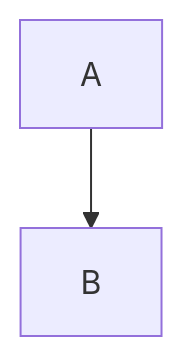
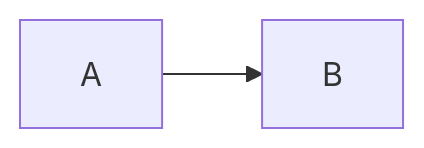
The first of 2 diagrams in zzzpruebasformato.md (amnexiii/amnexiii.github.io), drawn with Mermaid before and after one commit. The commit also changed other lines of this file, not shown here.

```diff
--- a/zzzpruebasformato.md
+++ b/zzzpruebasformato.md
@@ -29,4 +29,4 @@
 <pre class="mermaid">
-flowchart TD
+flowchart LR
      A-->B
 </pre>
```
